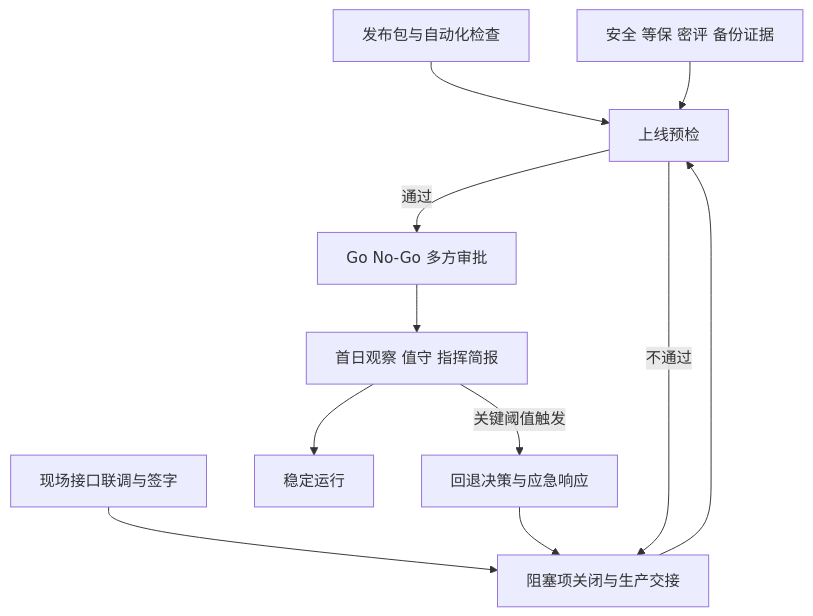
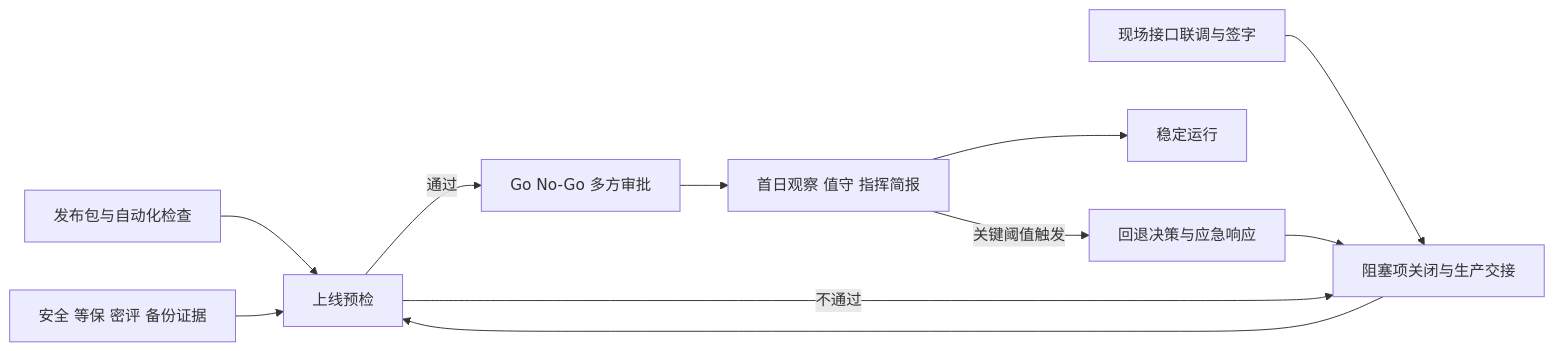
Before and after one commit to xujiann/chronic-care-platform: diagram 17 of 17 in docs/公共卫生信息化系统全景图集.md, drawn with Mermaid. The commit also changed other lines of this file, not shown here.

Commit message:
Improve diagram atlas PDF layout

````diff
--- a/docs/公共卫生信息化系统全景图集.md
+++ b/docs/公共卫生信息化系统全景图集.md
@@ -433,19 +434,19 @@
 ```mermaid
-flowchart TD
-  A[发布包与自动化检查]
-  B[现场接口联调与签字]
-  C[安全 等保 密评 备份证据]
-  D[阻塞项关闭与生产交接]
-  E[上线预检]
-  F[Go No-Go 多方审批]
-  G[首日观察 值守 指挥简报]
-  H[稳定运行]
-  I[回退决策与应急响应]
+flowchart LR
+  Release[发布包与自动化检查]
+  Site[现场接口联调与签字]
+  Security[安全 等保 密评 备份证据]
+  Handoff[阻塞项关闭与生产交接]
+  Preflight[上线预检]
+  Approval[Go No-Go 多方审批]
+  Observe[首日观察 值守 指挥简报]
+  Stable[稳定运行]
+  Rollback[回退决策与应急响应]
 
-  A --> E
-  B --> D --> E
-  C --> E
-  E -->|通过| F --> G --> H
-  E -->|不通过| D
-  G -->|关键阈值触发| I --> D
+  Release --> Preflight
+  Site --> Handoff --> Preflight
+  Security --> Preflight
+  Preflight -->|通过| Approval --> Observe --> Stable
+  Preflight -->|不通过| Handoff
+  Observe -->|关键阈值触发| Rollback --> Handoff
 ```
````
